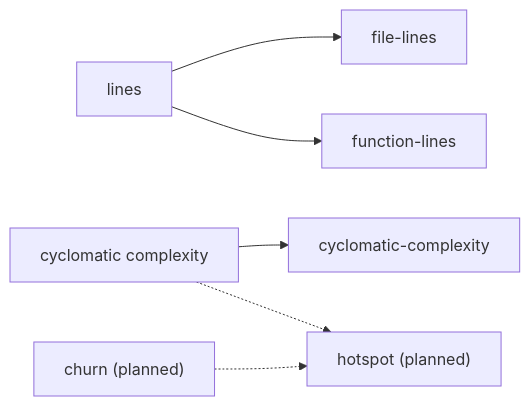
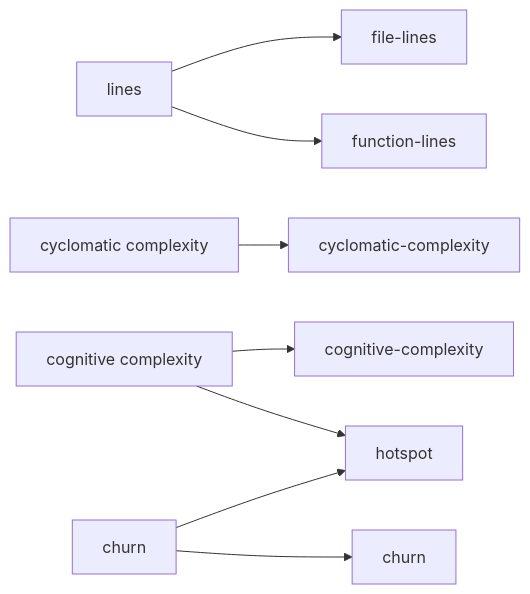
One commit to morais90/jabuti changed the first of 2 diagrams in docs/concepts.md. Above: the diagram before and after it, drawn with Mermaid. The commit also changed other lines of this file and 13 other files, not shown here.

````diff
--- a/docs/concepts.md
+++ b/docs/concepts.md
@@ -38,8 +38,10 @@
 ```mermaid
 flowchart LR
     lines["lines"] --> fl["file-lines"]
     lines --> fnl["function-lines"]
     cyc["cyclomatic complexity"] --> cc["cyclomatic-complexity"]
-    cyc -.-> hs["hotspot (planned)"]
-    churn["churn (planned)"] -.-> hs
+    cog["cognitive complexity"] --> cogr["cognitive-complexity"]
+    cog --> hs["hotspot"]
+    churn["churn"] --> hs
+    churn --> chr["churn"]
 ```
````
